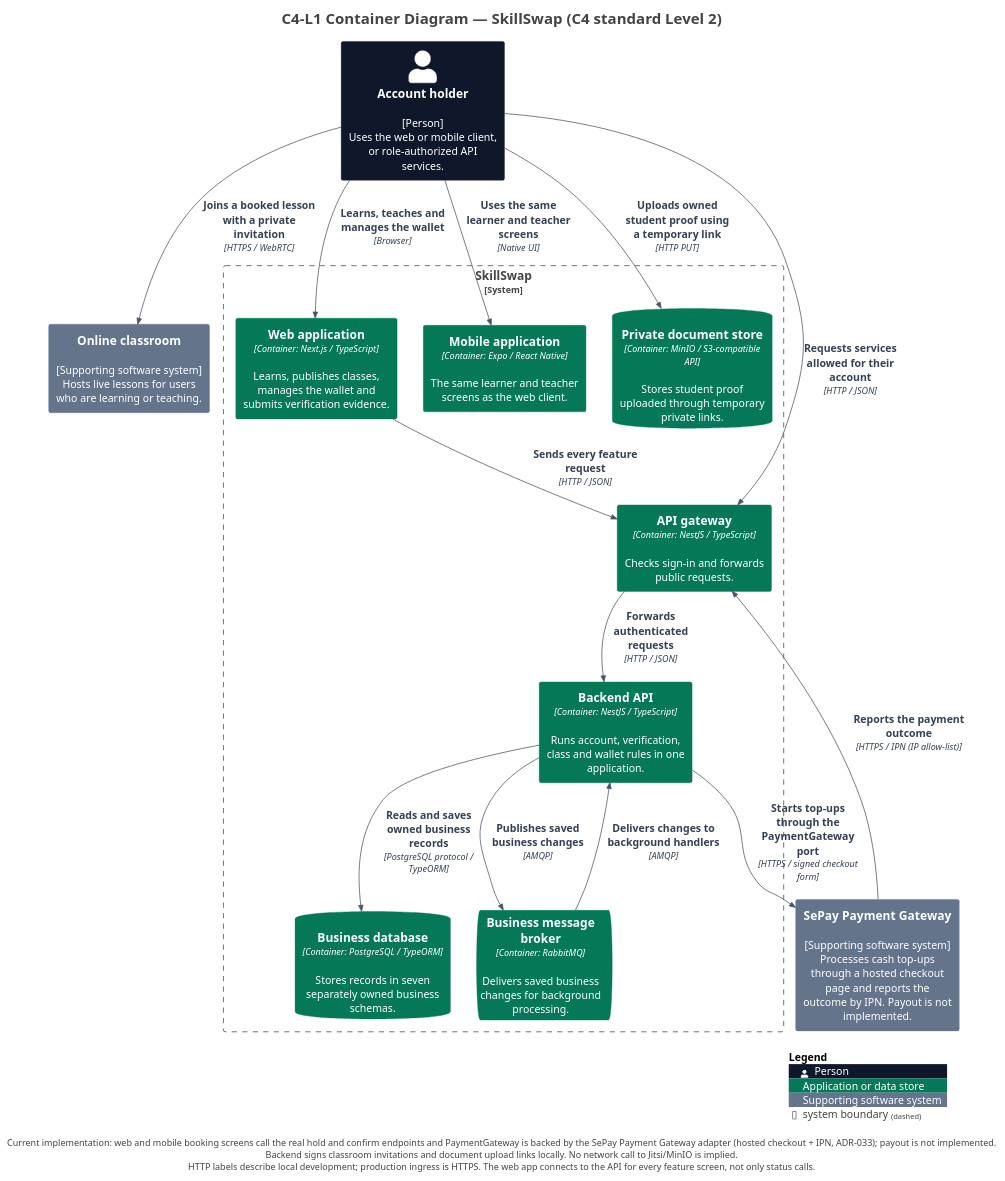
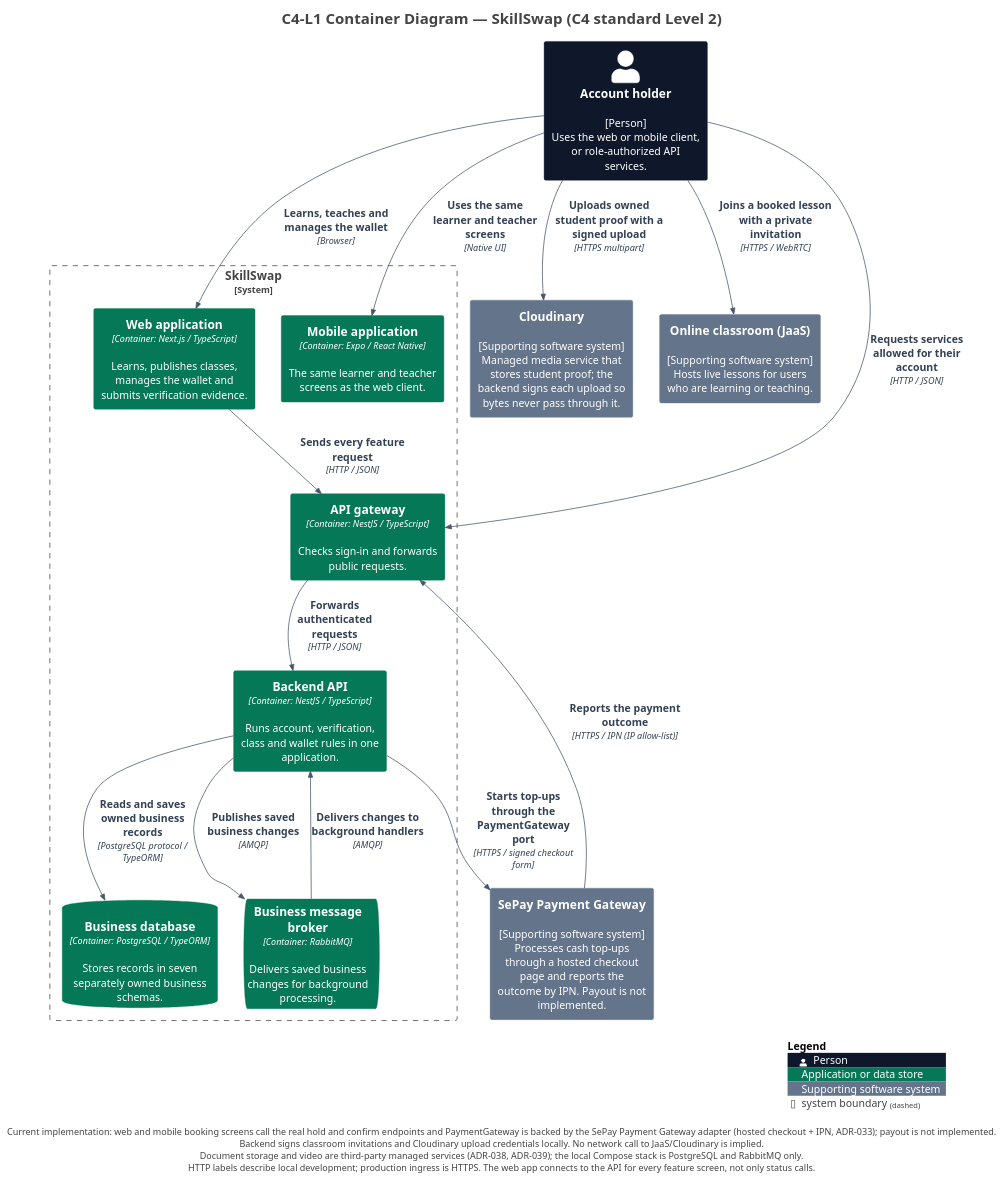
One commit to trankien022/SkillSwap changed the diagram in docs/diagrams/c4/source/structurizr-Containers.puml. Above: the diagram before and after it, drawn with PlantUML. The commit also changed 87 other files, not shown here.

```diff
--- a/docs/diagrams/c4/source/structurizr-Containers.puml
+++ b/docs/diagrams/c4/source/structurizr-Containers.puml
@@ -1,66 +1,66 @@
 @startuml
 title C4-L1 Container Diagram — SkillSwap (C4 standard Level 2)
 
 set separator none
 top to bottom direction
 
 <style>
   root {
     BackgroundColor: #ffffff
     FontColor: #444444
   }
 </style>
 
 !include <C4/C4>
 !include <C4/C4_Context>
 !include <C4/C4_Container>
 
 ' Presentation only: model elements and relationships come from workspace.dsl.
 skinparam defaultFontName Arial
 skinparam defaultFontSize 14
 skinparam shadowing false
 skinparam nodesep 35
 skinparam ranksep 45
 skinparam footerFontSize 12
 skinparam titleFontSize 20
 UpdateElementStyle("person", $bgColor="#0F172A", $fontColor="#FFFFFF", $borderColor="#0F172A", $legendText="Person")
 UpdateElementStyle("system", $bgColor="#047857", $fontColor="#FFFFFF", $borderColor="#047857", $legendText="Software system in scope")
 UpdateElementStyle("external_system", $bgColor="#64748B", $fontColor="#FFFFFF", $borderColor="#64748B", $legendText="Supporting software system")
 UpdateElementStyle("container", $bgColor="#047857", $fontColor="#FFFFFF", $borderColor="#047857", $legendText="Application or data store")
 UpdateRelStyle($lineColor="#475569", $textColor="#334155")
 
 Person(AccountHolder, "Account holder", $descr="[Person]\nUses the web or mobile client, or role-authorized API services.", $tags="", $link="")
-System_Ext(Onlineclassroom, "Online classroom", $descr="[Supporting software system]\nHosts live lessons for users who are learning or teaching.", $tags="", $link="")
+System_Ext(Onlineclassroom, "Online classroom (JaaS)", $descr="[Supporting software system]\nHosts live lessons for users who are learning or teaching.", $tags="", $link="")
+System_Ext(Cloudinary, "Cloudinary", $descr="[Supporting software system]\nManaged media service that stores student proof; the backend signs each upload so bytes never pass through it.", $tags="", $link="")
 System_Ext(Paymentgateway, "SePay Payment Gateway", $descr="[Supporting software system]\nProcesses cash top-ups through a hosted checkout page and reports the outcome by IPN. Payout is not implemented.", $tags="", $link="")
 
 System_Boundary("SkillSwap_boundary", "SkillSwap", $tags="") {
   Container(SkillSwap.APIgateway, "API gateway", $techn="Container: NestJS / TypeScript", $descr="Checks sign-in and forwards public requests.", $tags="", $link="")
   Container(SkillSwap.BackendAPI, "Backend API", $techn="Container: NestJS / TypeScript", $descr="Runs account, verification, class and wallet rules in one application.", $tags="", $link="")
   ContainerDb(SkillSwap.Businessdatabase, "Business database", $techn="Container: PostgreSQL / TypeORM", $descr="Stores records in seven separately owned business schemas.", $tags="", $link="")
   ContainerQueue(SkillSwap.Businessmessagebroker, "Business message broker", $techn="Container: RabbitMQ", $descr="Delivers saved business changes for background processing.", $tags="", $link="")
-  ContainerDb(SkillSwap.Privatedocumentstore, "Private document store", $techn="Container: MinIO / S3-compatible API", $descr="Stores student proof uploaded through temporary private links.", $tags="", $link="")
   Container(SkillSwap.Webapplication, "Web application", $techn="Container: Next.js / TypeScript", $descr="Learns, publishes classes, manages the wallet and submits verification evidence.", $tags="", $link="")
   Container(SkillSwap.Mobileapplication, "Mobile application", $techn="Container: Expo / React Native", $descr="The same learner and teacher screens as the web client.", $tags="", $link="")
 }
 
 Rel(AccountHolder, SkillSwap.Webapplication, "Learns, teaches and manages the wallet", $techn="Browser", $tags="", $link="")
 Rel(AccountHolder, SkillSwap.Mobileapplication, "Uses the same learner and teacher screens", $techn="Native UI", $tags="", $link="")
 Rel(AccountHolder, SkillSwap.APIgateway, "Requests services allowed for their account", $techn="HTTP / JSON", $tags="", $link="")
-Rel(AccountHolder, SkillSwap.Privatedocumentstore, "Uploads owned student proof using a temporary link", $techn="HTTP PUT", $tags="", $link="")
+Rel(AccountHolder, Cloudinary, "Uploads owned student proof with a signed upload", $techn="HTTPS multipart", $tags="", $link="")
 Rel(AccountHolder, Onlineclassroom, "Joins a booked lesson with a private invitation", $techn="HTTPS / WebRTC", $tags="", $link="")
 Rel(SkillSwap.Webapplication, SkillSwap.APIgateway, "Sends every feature request", $techn="HTTP / JSON", $tags="", $link="")
 Rel(SkillSwap.APIgateway, SkillSwap.BackendAPI, "Forwards authenticated requests", $techn="HTTP / JSON", $tags="", $link="")
 Rel(SkillSwap.BackendAPI, SkillSwap.Businessdatabase, "Reads and saves owned business records", $techn="PostgreSQL protocol / TypeORM", $tags="", $link="")
 Rel(SkillSwap.BackendAPI, SkillSwap.Businessmessagebroker, "Publishes saved business changes", $techn="AMQP", $tags="", $link="")
 Rel(SkillSwap.Businessmessagebroker, SkillSwap.BackendAPI, "Delivers changes to background handlers", $techn="AMQP", $tags="", $link="")
 Rel(SkillSwap.BackendAPI, Paymentgateway, "Starts top-ups through the PaymentGateway port", $techn="HTTPS / signed checkout form", $tags="", $link="")
 Rel(Paymentgateway, SkillSwap.APIgateway, "Reports the payment outcome", $techn="HTTPS / IPN (IP allow-list)", $tags="", $link="")
 
 Lay_R(AccountHolder, Onlineclassroom)
 Lay_R(SkillSwap.Webapplication, SkillSwap.Mobileapplication)
 Lay_D(SkillSwap.APIgateway, SkillSwap.BackendAPI)
 Lay_R(SkillSwap.Businessdatabase, SkillSwap.Businessmessagebroker)
-Lay_R(SkillSwap.Privatedocumentstore, Onlineclassroom)
+Lay_R(Cloudinary, Onlineclassroom)
 SHOW_LEGEND()
-footer Current implementation: web and mobile booking screens call the real hold and confirm endpoints and PaymentGateway is backed by the SePay Payment Gateway adapter (hosted checkout + IPN, ADR-033); payout is not implemented.\nBackend signs classroom invitations and document upload links locally. No network call to Jitsi/MinIO is implied.\nHTTP labels describe local development; production ingress is HTTPS. The web app connects to the API for every feature screen, not only status calls.
+footer Current implementation: web and mobile booking screens call the real hold and confirm endpoints and PaymentGateway is backed by the SePay Payment Gateway adapter (hosted checkout + IPN, ADR-033); payout is not implemented.\nBackend signs classroom invitations and Cloudinary upload credentials locally. No network call to JaaS/Cloudinary is implied.\nDocument storage and video are third-party managed services (ADR-038, ADR-039); the local Compose stack is PostgreSQL and RabbitMQ only.\nHTTP labels describe local development; production ingress is HTTPS. The web app connects to the API for every feature screen, not only status calls.
 @enduml
```
